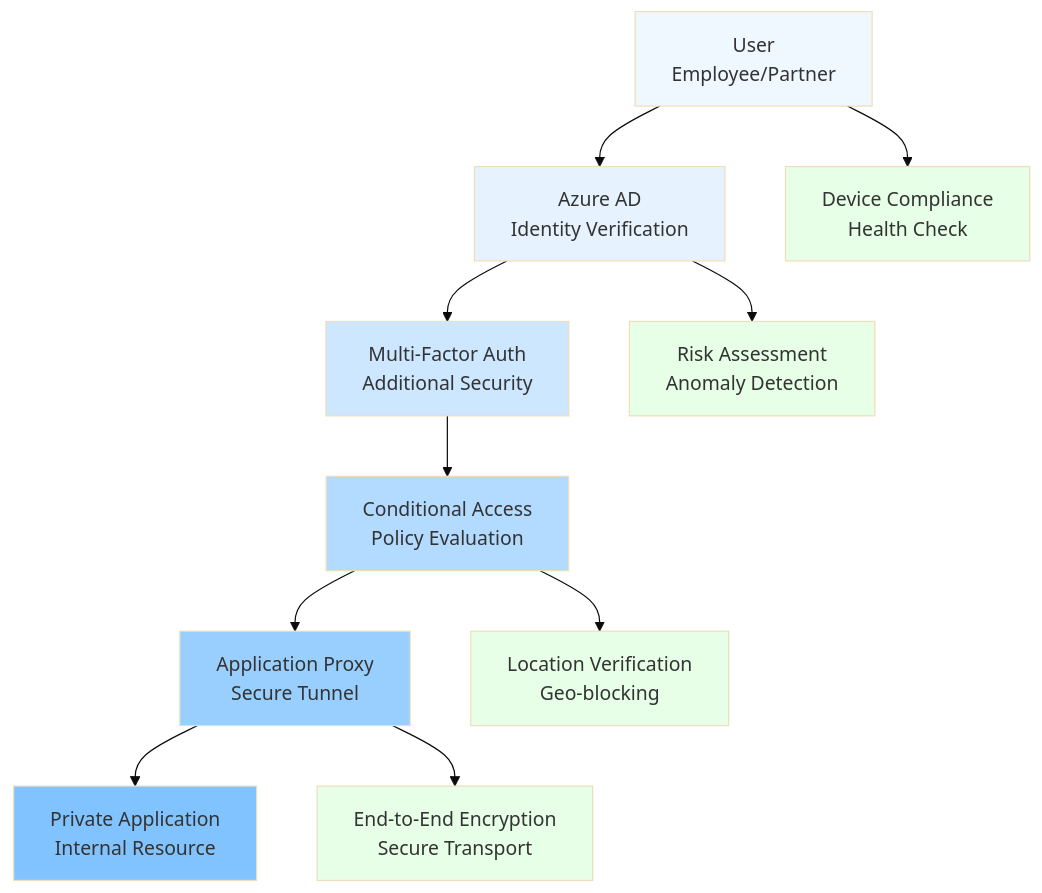
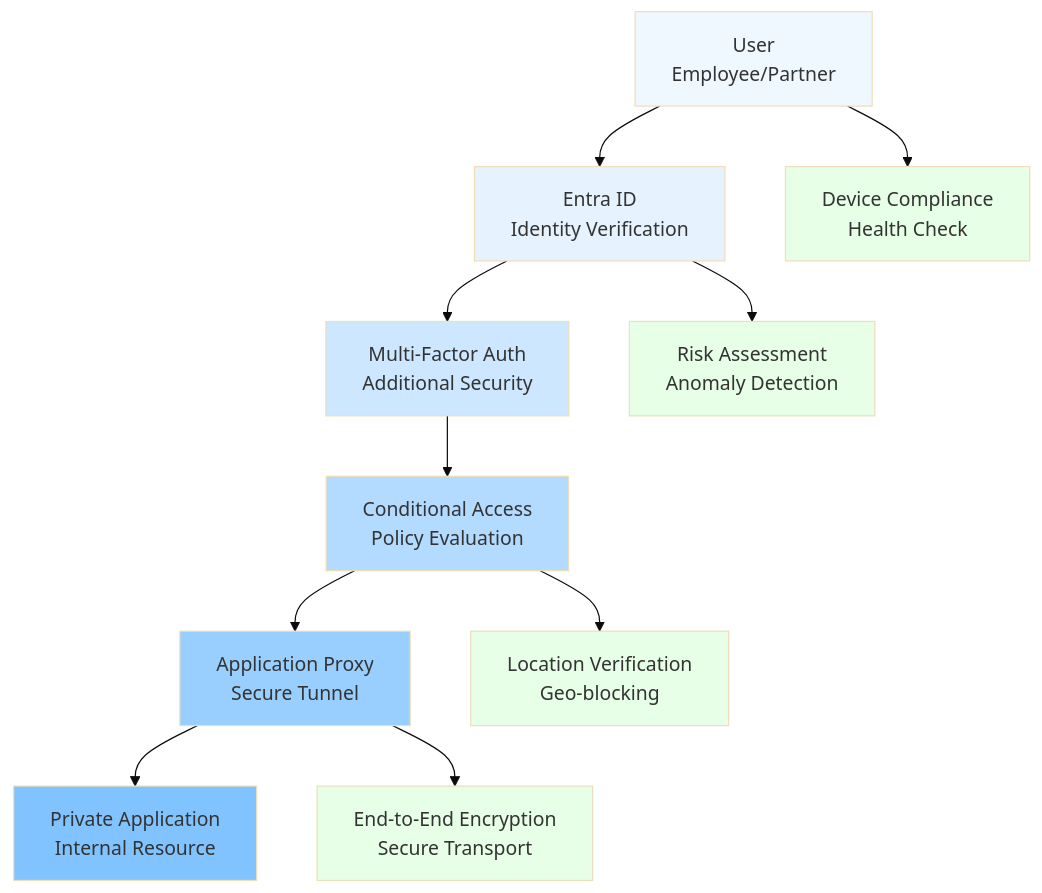
One commit to christian-dussol-cloud-computing/microsoft-azure changed the second of 4 diagrams in certifications/AZ-305/architecture-decision-guides/06-azure-security-identity-services.md. Above: the diagram before and after it, drawn with Mermaid (base theme). The commit also changed other lines of this file, not shown here.

````diff
--- a/certifications/AZ-305/architecture-decision-guides/06-azure-security-identity-services.md
+++ b/certifications/AZ-305/architecture-decision-guides/06-azure-security-identity-services.md
@@ -414,24 +414,24 @@
 ```mermaid
 graph TB
-    A[User<br/>Employee/Partner] --> B[Azure AD<br/>Identity Verification]
+    A[User<br/>Employee/Partner] --> B[Entra ID<br/>Identity Verification]
     B --> C[Multi-Factor Auth<br/>Additional Security]
     C --> D[Conditional Access<br/>Policy Evaluation]
     D --> E[Application Proxy<br/>Secure Tunnel]
     E --> F[Private Application<br/>Internal Resource]
     
     A --> A1[Device Compliance<br/>Health Check]
     B --> B1[Risk Assessment<br/>Anomaly Detection]
     D --> D1[Location Verification<br/>Geo-blocking]
     E --> E1[End-to-End Encryption<br/>Secure Transport]
     
     style A fill:#f0f8ff
     style B fill:#e6f3ff
     style C fill:#cce7ff
     style D fill:#b3dbff
     style E fill:#99cfff
     style F fill:#80c3ff
     style A1 fill:#e6ffe6
     style B1 fill:#e6ffe6
     style D1 fill:#e6ffe6
     style E1 fill:#e6ffe6
 ```
````
